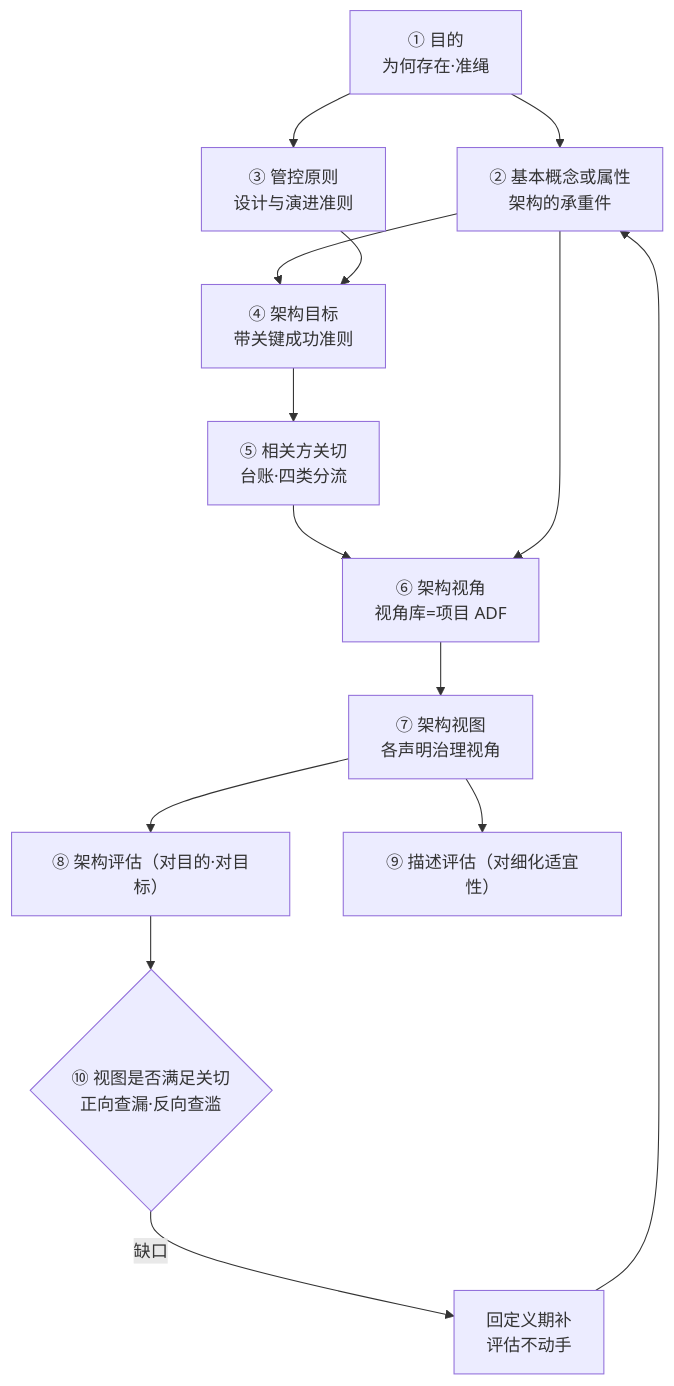
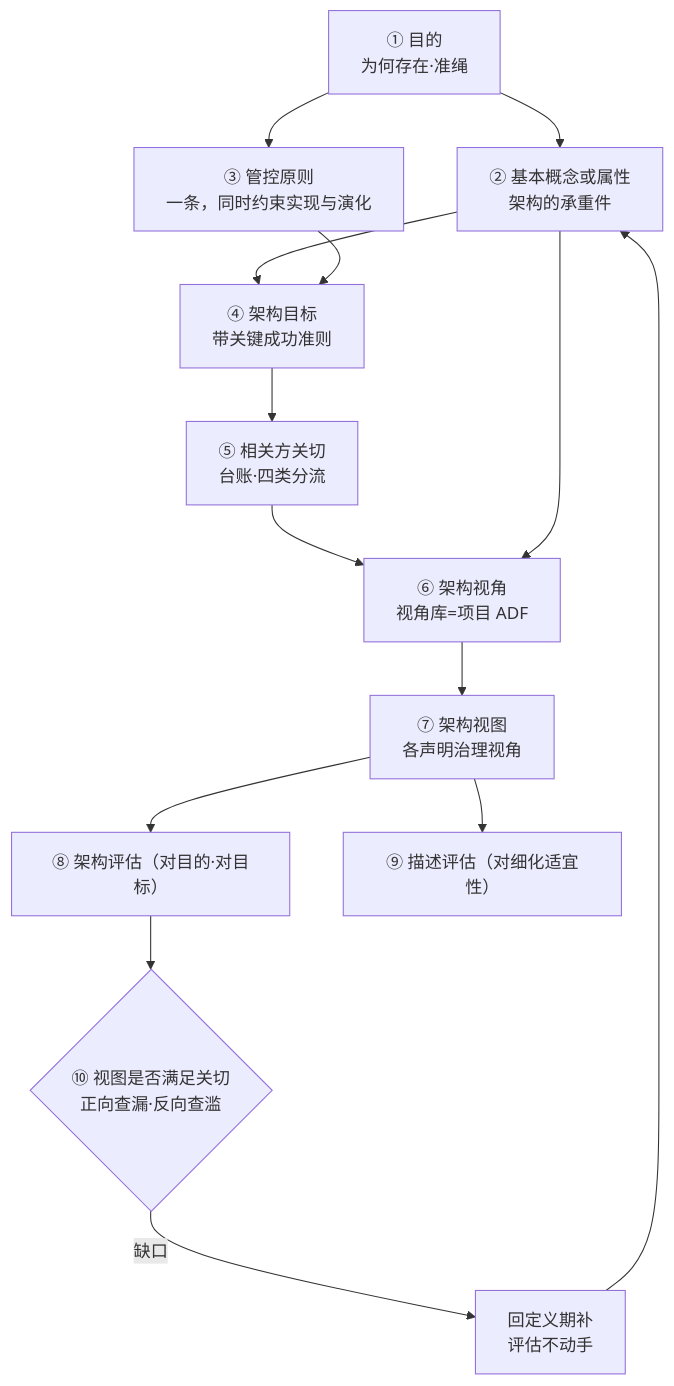
One commit to Yongjunzhou/AOS-system-design changed the third of 3 diagrams in 100-subprojects/01-系统工程研究/00-系统工程相关研究报告/32-架构视角与关切判据研究报告-从视角集到关切裁决.md. Above: the diagram before and after it, drawn with Mermaid. The commit also changed other lines of this file and 177 other files, not shown here.

````diff
--- a/100-subprojects/01-系统工程研究/00-系统工程相关研究报告/32-架构视角与关切判据研究报告-从视角集到关切裁决.md
+++ b/100-subprojects/01-系统工程研究/00-系统工程相关研究报告/32-架构视角与关切判据研究报告-从视角集到关切裁决.md
@@ -641,16 +671,16 @@
 ```mermaid
 flowchart TD
     P["① 目的<br/>为何存在·准绳"] --> D["② 基本概念或属性<br/>架构的承重件"]
-    P --> R["③ 管控原则<br/>设计与演进准则"]
+    P --> R["③ 管控原则<br/>一条，同时约束实现与演化"]
     D --> O["④ 架构目标<br/>带关键成功准则"]
     R --> O
     O --> C["⑤ 相关方关切<br/>台账·四类分流"]
     C --> VP["⑥ 架构视角<br/>视角库=项目 ADF"]
     D --> VP
     VP --> V["⑦ 架构视图<br/>各声明治理视角"]
     V --> EV["⑧ 架构评估（对目的·对目标）"]
     V --> EV2["⑨ 描述评估（对细化适宜性）"]
     EV --> CK{"⑩ 视图是否满足关切<br/>正向查漏·反向查滥"}
     CK -->|"缺口"| FIX["回定义期补<br/>评估不动手"]
     FIX --> D
 ```
````
